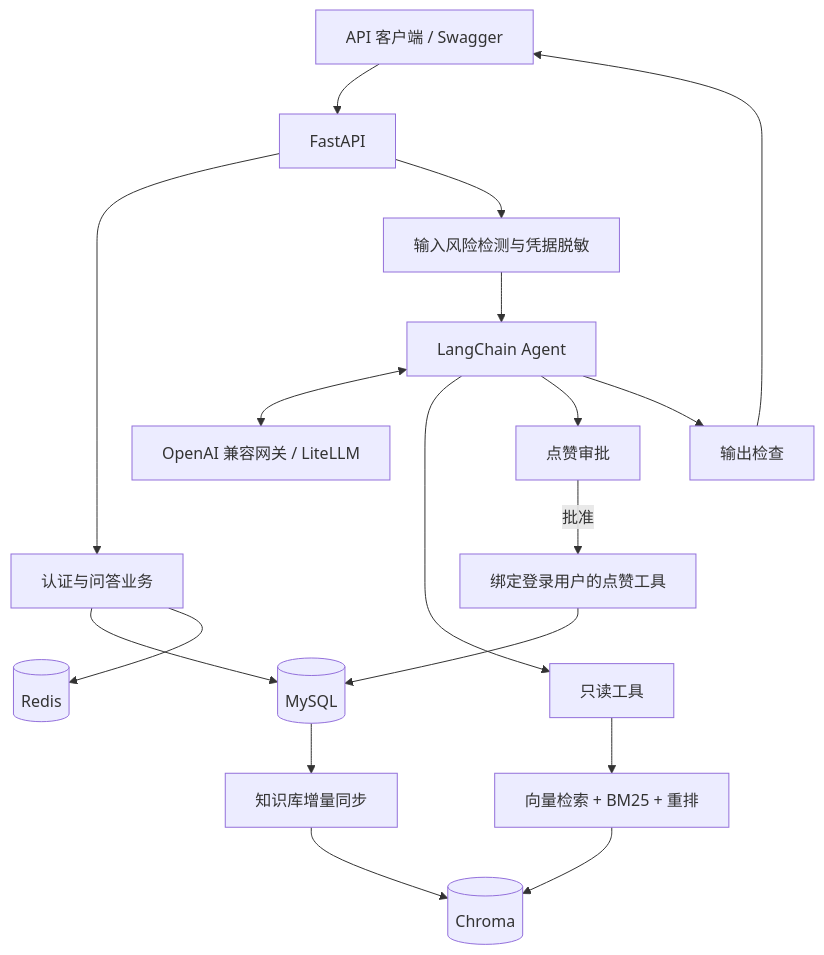
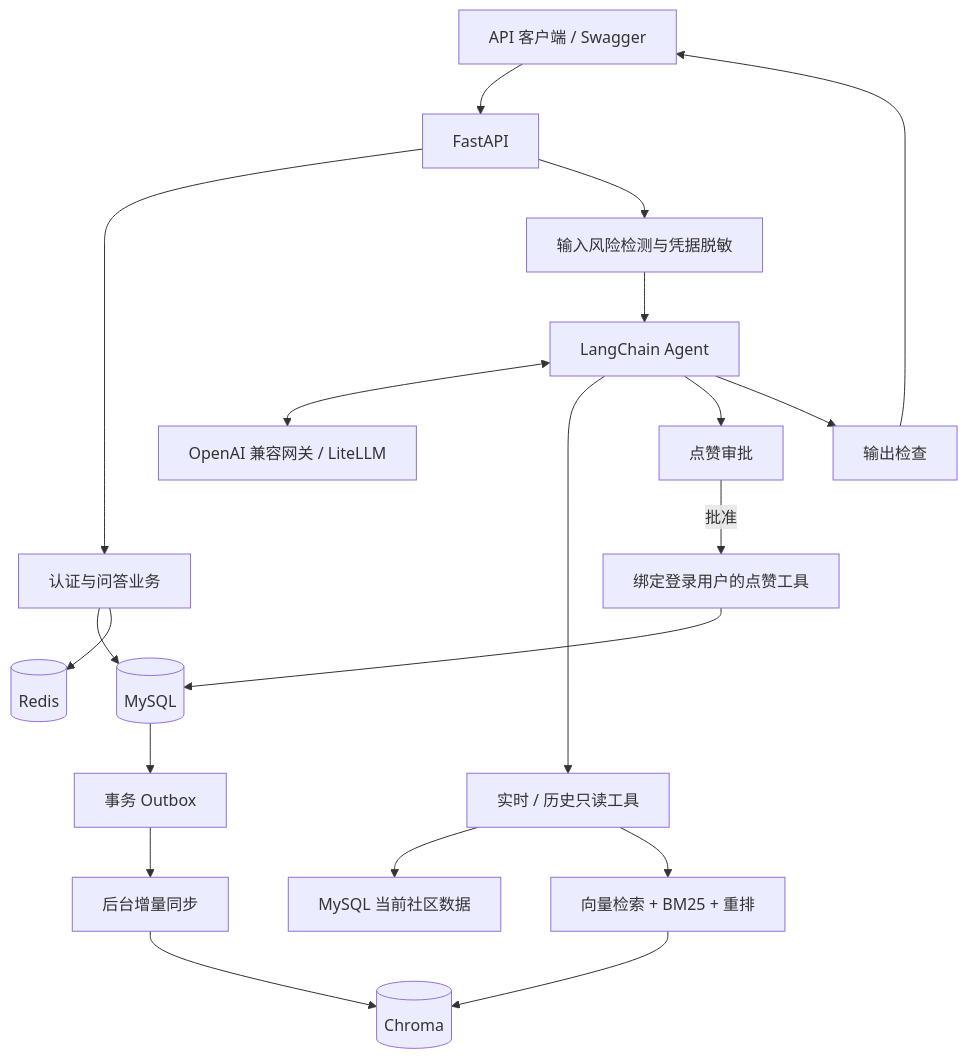
One commit to jj-wang005/qa-community changed the diagram in README.md. Above: the diagram before and after it, drawn with Mermaid. The commit also changed other lines of this file and 19 other files, not shown here.

Commit message:
feat: add live query routing and transactional KB sync

````diff
--- a/README.md
+++ b/README.md
@@ -25,20 +25,22 @@
 ```mermaid
 flowchart TD
     Client[API 客户端 / Swagger] --> API[FastAPI]
     API --> Business[认证与问答业务]
     Business --> MySQL[(MySQL)]
     Business --> Redis[(Redis)]
     API --> Guard[输入风险检测与凭据脱敏]
     Guard --> Agent[LangChain Agent]
     Agent <--> LLM[OpenAI 兼容网关 / LiteLLM]
-    Agent --> Read[只读工具]
+    Agent --> Read[实时 / 历史只读工具]
+    Read --> Live[MySQL 当前社区数据]
     Read --> RAG[向量检索 + BM25 + 重排]
     RAG --> Chroma[(Chroma)]
     Agent --> HITL[点赞审批]
     HITL -->|批准| Like[绑定登录用户的点赞工具]
     Like --> MySQL
     Agent --> Output[输出检查]
     Output --> Client
-    MySQL --> Sync[知识库增量同步]
+    MySQL --> Outbox[事务 Outbox]
+    Outbox --> Sync[后台增量同步]
     Sync --> Chroma
 ```
````
